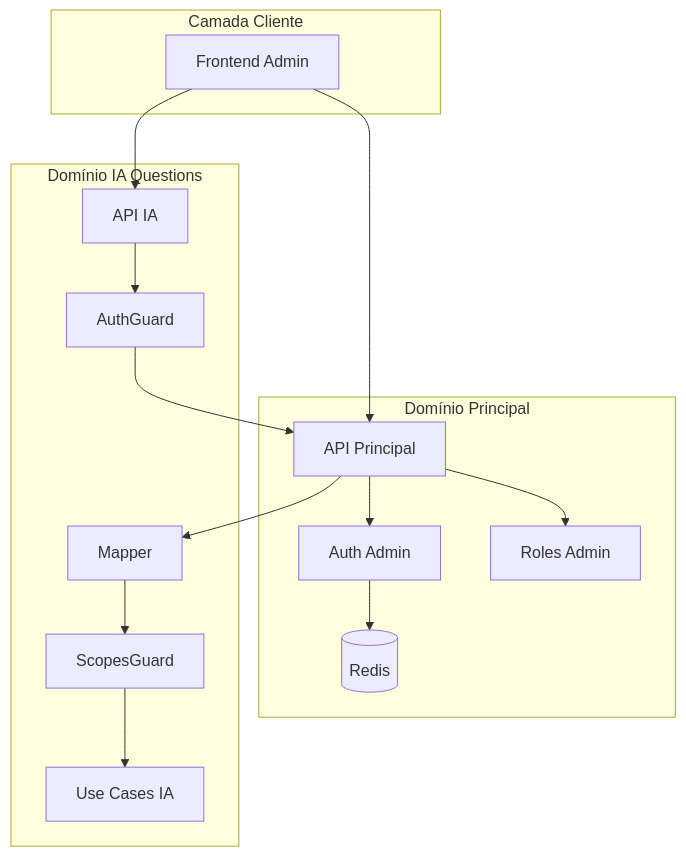
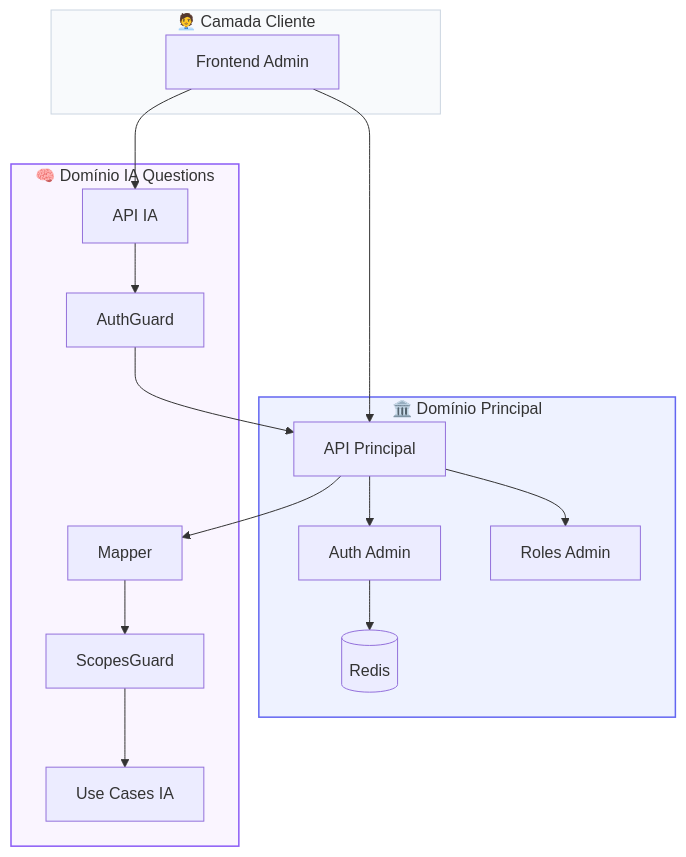
The second of 11 diagrams in RFC-0001-Auth.md (matheusdiamantino-betalent/IA), drawn with Mermaid before and after one commit. The commit also changed other lines of this file, not shown here.

````diff
--- a/RFC-0001-Auth.md
+++ b/RFC-0001-Auth.md
@@ -274,32 +363,36 @@
 ```mermaid
 flowchart TB
-    subgraph CLIENTE[Camada Cliente]
+    subgraph CLIENTE[🧑‍💼 Camada Cliente]
         FE[Frontend Admin]
     end
 
-    subgraph CORE[Domínio Principal]
+    subgraph CORE[🏛️ Domínio Principal]
         AP[API Principal]
         AUTH[Auth Admin]
         ROLE[Roles Admin]
         REDIS[(Redis)]
     end
 
-    subgraph IA_DOMAIN[Domínio IA Questions]
+    subgraph IA_DOMAIN[🧠 Domínio IA Questions]
         IAA[API IA]
         GUARD[AuthGuard]
         MAP[Mapper]
         SCOPE[ScopesGuard]
         USECASE[Use Cases IA]
     end
 
     FE --> AP
     FE --> IAA
     AP --> AUTH
     AUTH --> REDIS
     AP --> ROLE
     IAA --> GUARD
     GUARD --> AP
     AP --> MAP
     MAP --> SCOPE
     SCOPE --> USECASE
+
+    style CLIENTE fill:#f8fafc,stroke:#cbd5e1,stroke-width:1px
+    style CORE fill:#eef2ff,stroke:#6366f1,stroke-width:1.5px
+    style IA_DOMAIN fill:#faf5ff,stroke:#8b5cf6,stroke-width:1.5px
 ```
````
